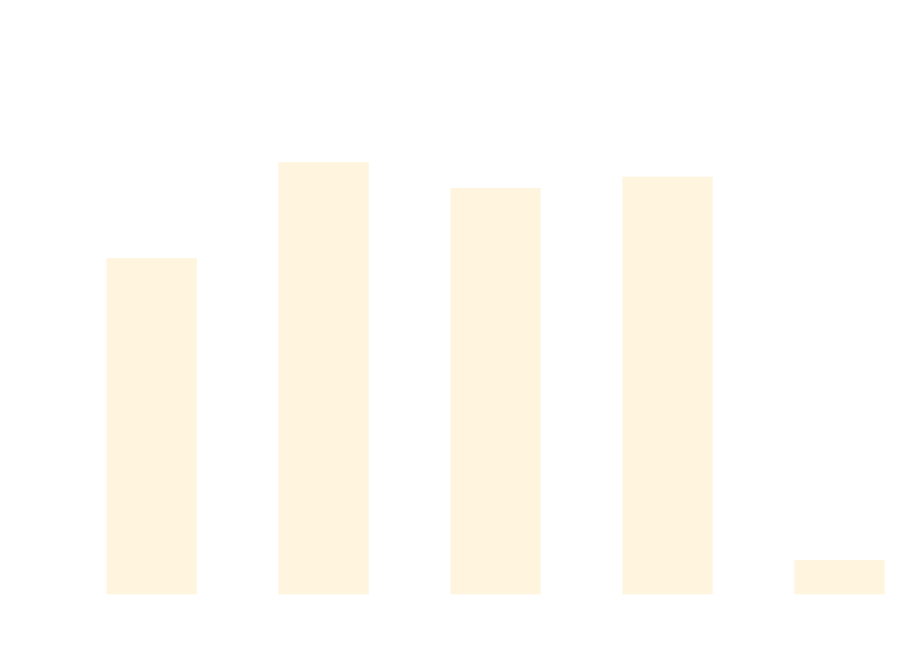
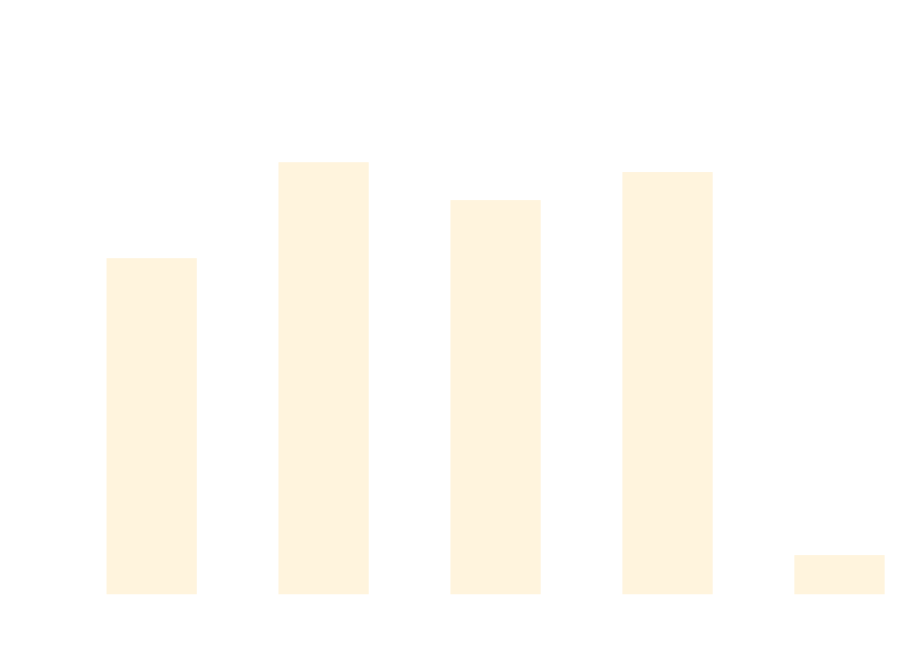
The diagram in docs/docs/benchmarks/ScaleTests.md (thomhurst/TUnit), drawn with Mermaid before and after one commit. The commit also changed other lines of this file and 17 other files, not shown here.

````diff
--- a/docs/docs/benchmarks/ScaleTests.md
+++ b/docs/docs/benchmarks/ScaleTests.md
@@ -27,37 +27,37 @@
 ```mermaid
 %%{init: {
   'theme':'base',
   'themeVariables': {
     'primaryColor': '#2563eb',
     'primaryTextColor': '#ffffff',
     'primaryBorderColor': '#1e40af',
     'lineColor': '#6b7280',
     'secondaryColor': '#7c3aed',
     'tertiaryColor': '#dc2626',
     'background': '#ffffff',
     'mainBkg': '#2563eb',
     'secondBkg': '#7c3aed',
     'tertiaryBkg': '#dc2626',
     'clusterBkg': '#f3f4f6',
     'edgeLabelBackground': '#ffffff',
     'tertiaryTextColor': '#1f2937',
     'pie1': '#2563eb',
     'pie2': '#7c3aed',
     'pie3': '#dc2626',
     'pie4': '#f59e0b',
     'pie5': '#10b981',
     'pie6': '#06b6d4',
     'pie7': '#ec4899',
     'pie8': '#6366f1',
     'pie9': '#84cc16',
     'pie10': '#f97316',
     'pie11': '#14b8a6',
     'pie12': '#a855f7'
   }
 }}%%
 xychart-beta
   title "ScaleTests Performance Comparison"
   x-axis ["TUnit", "NUnit", "MSTest", "xUnit3", "TUnit_AOT"]
-  y-axis "Time (ms)" 0 --> 743
-  bar [478.02, 618.89, 580.9, 597.58, 35.06]
+  y-axis "Time (ms)" 0 --> 726
+  bar [467.07, 604.67, 550.35, 590.54, 41.26]
 ```
````
